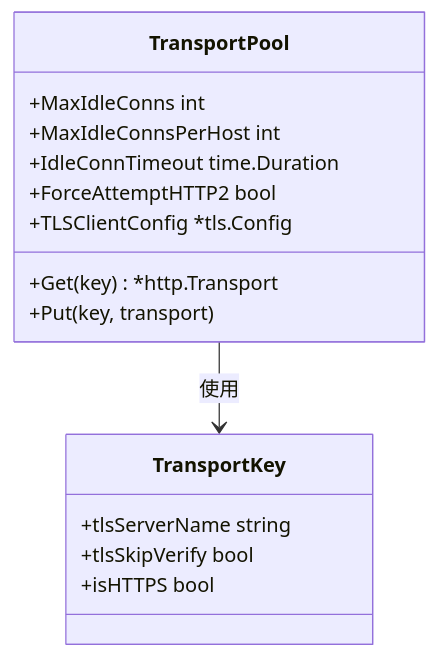
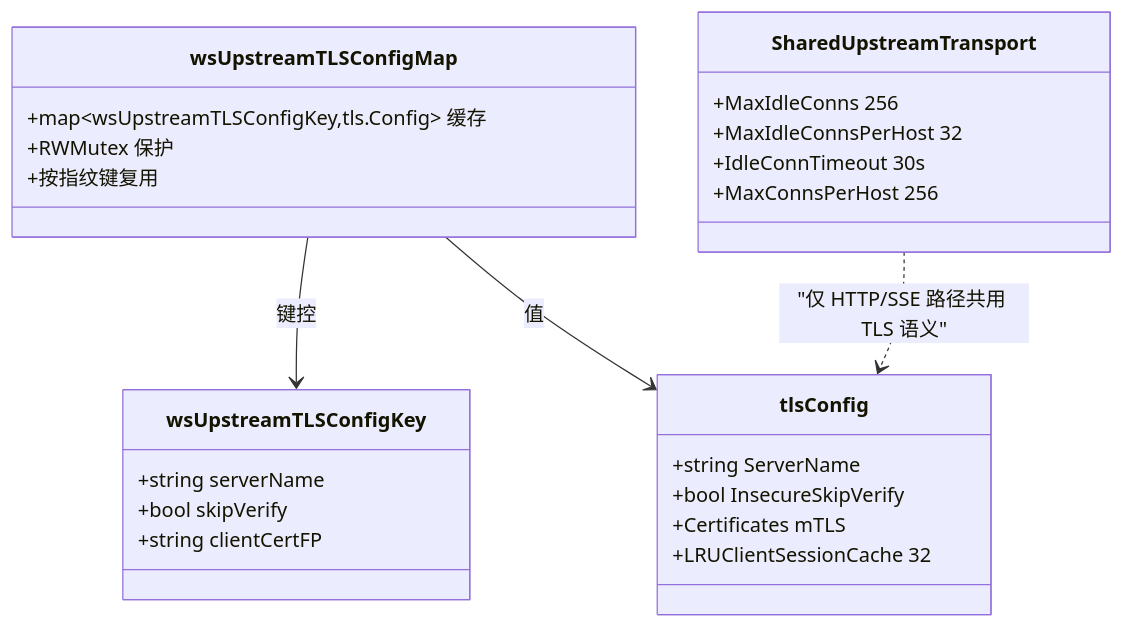
One commit to x01n/My-OpenWaf changed the ninth of 11 diagrams in docs/数据平面处理/WebSocket 连接处理.md. Above: the diagram before and after it, drawn with Mermaid. The commit also changed other lines of this file and 622 other files, not shown here.

````diff
--- a/docs/数据平面处理/WebSocket 连接处理.md
+++ b/docs/数据平面处理/WebSocket 连接处理.md
@@ -408,18 +467,28 @@
 ```mermaid
 classDiagram
-class TransportPool {
-+MaxIdleConns int
-+MaxIdleConnsPerHost int
-+IdleConnTimeout time.Duration
-+ForceAttemptHTTP2 bool
-+TLSClientConfig *tls.Config
-+Get(key) *http.Transport
-+Put(key, transport)
+class wsUpstreamTLSConfigMap {
++map~wsUpstreamTLSConfigKey,tls.Config~ 缓存
++RWMutex 保护
++按指纹键复用
 }
-class TransportKey {
-+tlsServerName string
-+tlsSkipVerify bool
-+isHTTPS bool
+class wsUpstreamTLSConfigKey {
++string serverName
++bool skipVerify
++string clientCertFP
 }
-TransportPool --> TransportKey : 使用
+class tlsConfig {
++string ServerName
++bool InsecureSkipVerify
++Certificates mTLS
++LRUClientSessionCache 32
+}
+class SharedUpstreamTransport {
++MaxIdleConns 256
++MaxIdleConnsPerHost 32
++IdleConnTimeout 30s
++MaxConnsPerHost 256
+}
+wsUpstreamTLSConfigMap --> wsUpstreamTLSConfigKey : 键控
+wsUpstreamTLSConfigMap --> tlsConfig : 值
+SharedUpstreamTransport ..> tlsConfig : "仅 HTTP/SSE 路径共用 TLS 语义"
 ```
````
